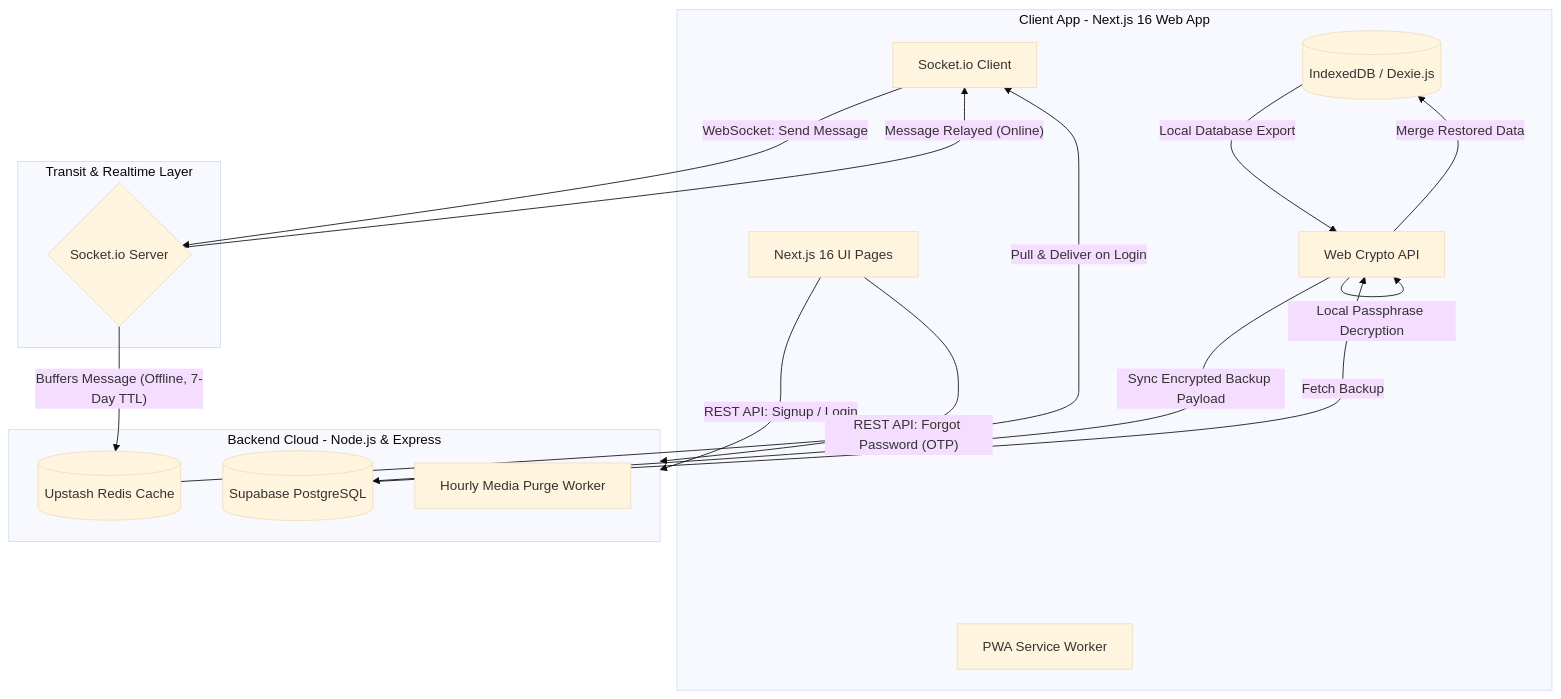
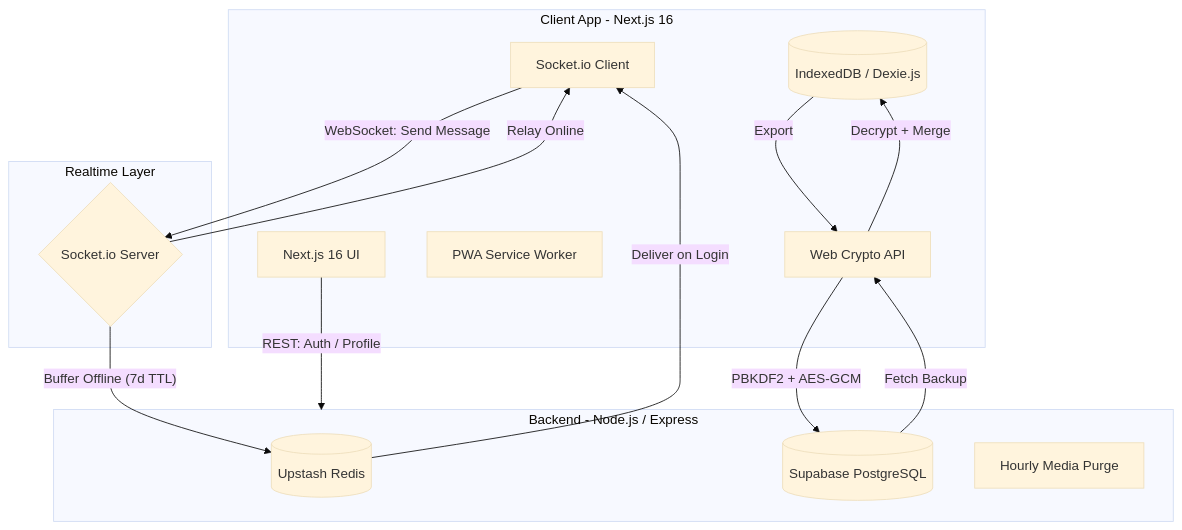
One commit to ShortEditor/Chapp changed the diagram in README.md. Above: the diagram before and after it, drawn with Mermaid (base theme). The commit also changed other lines of this file and 6 other files, not shown here.

````diff
--- a/README.md
+++ b/README.md
@@ -14,34 +9,30 @@
 ```mermaid
 flowchart TD
-    subgraph Client [Client App - Next.js 16 Web App]
+    subgraph Client [Client App - Next.js 16]
         A[(IndexedDB / Dexie.js)]
         B[Web Crypto API]
         C[PWA Service Worker]
         D[Socket.io Client]
-        M[Next.js 16 UI Pages]
+        M[Next.js 16 UI]
     end
 
-    subgraph Relaying [Transit & Realtime Layer]
+    subgraph Relay [Realtime Layer]
         E{Socket.io Server}
     end
 
-    subgraph Server [Backend Cloud - Node.js & Express]
-        F[(Upstash Redis Cache)]
+    subgraph Server [Backend - Node.js / Express]
+        F[(Upstash Redis)]
         G[(Supabase PostgreSQL)]
-        H[Hourly Media Purge Worker]
+        H[Hourly Media Purge]
     end
 
-    M -- REST API: Signup / Login --> Server
-    M -- REST API: Forgot Password (OTP) --> Server
+    M -- REST: Auth / Profile --> Server
     D -- WebSocket: Send Message --> E
-    E -- Message Relayed (Online) --> D
-    E -- Buffers Message (Offline, 7-Day TTL) --> F
-    F -- Pull & Deliver on Login --> D
-    
-    A -- Local Database Export --> B
-    B -- PBKDF2 + AES-GCM Encryption --> B
-    B -- Sync Encrypted Backup Payload --> G
+    E -- Relay Online --> D
+    E -- Buffer Offline (7d TTL) --> F
+    F -- Deliver on Login --> D
+    A -- Export --> B
+    B -- PBKDF2 + AES-GCM --> G
     G -- Fetch Backup --> B
-    B -- Local Passphrase Decryption --> B
-    B -- Merge Restored Data --> A
+    B -- Decrypt + Merge --> A
 ```
````
